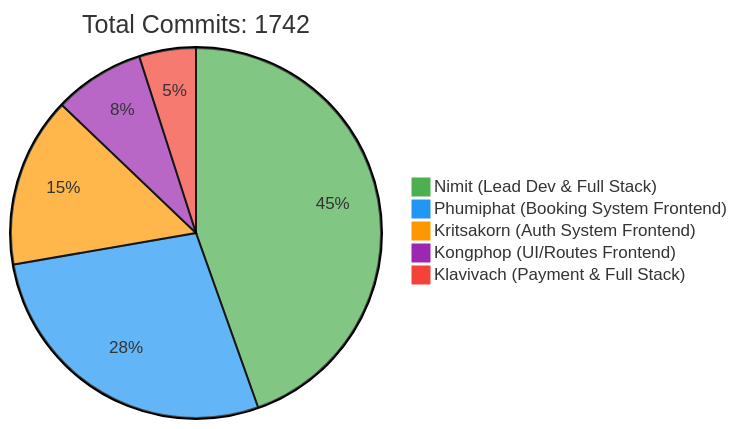
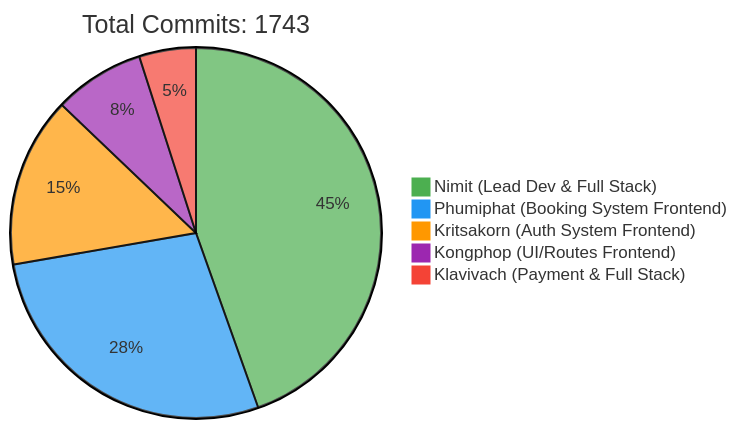
Before and after one commit to 6531503042/Sport-Complex: the first of 2 diagrams in README.md, drawn with Mermaid. The commit also changed other lines of this file, not shown here.

Commit message:
docs: Update contributor statistics [skip ci]

````diff
--- a/README.md
+++ b/README.md
@@ -257,10 +257,10 @@
 ```mermaid
 %%{init: {'theme': 'base', 'themeVariables': { 'pie1': '#4CAF50', 'pie2': '#2196F3', 'pie3': '#FF9800', 'pie4': '#9C27B0', 'pie5': '#F44336'}}}%%
 pie
-    title Total Commits: 1742
+    title Total Commits: 1743
     "Nimit (Lead Dev & Full Stack)" : 450
     "Phumiphat (Booking System Frontend)" : 280
     "Kritsakorn (Auth System Frontend)" : 150
     "Kongphop (UI/Routes Frontend)" : 80
     "Klavivach (Payment & Full Stack)" : 50
 ```
````
